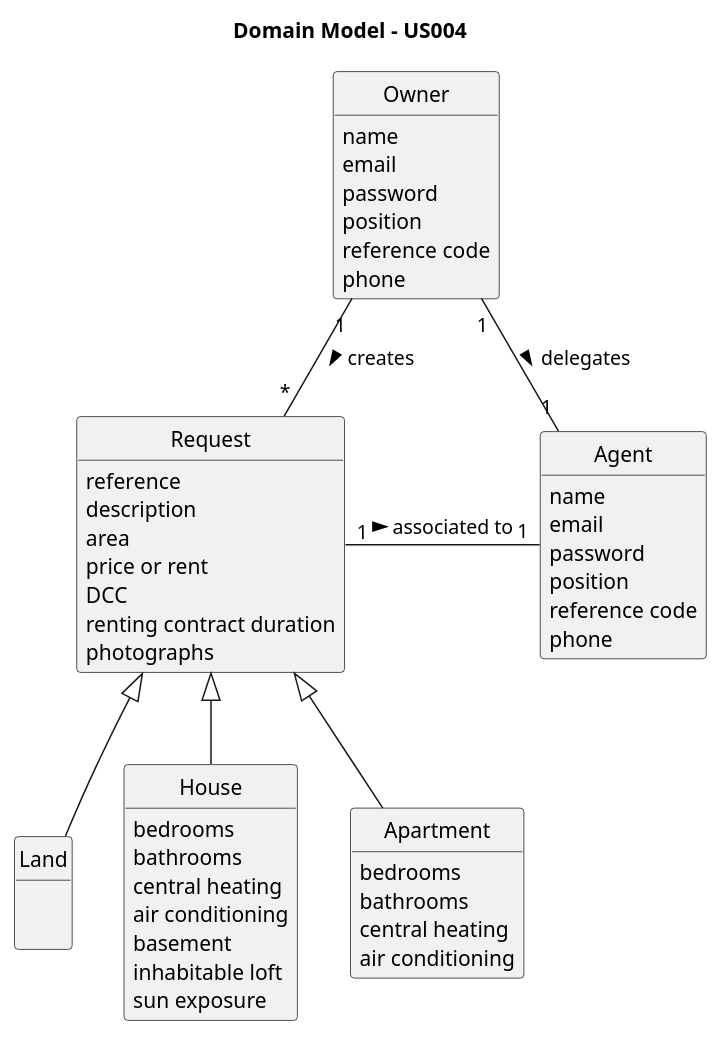
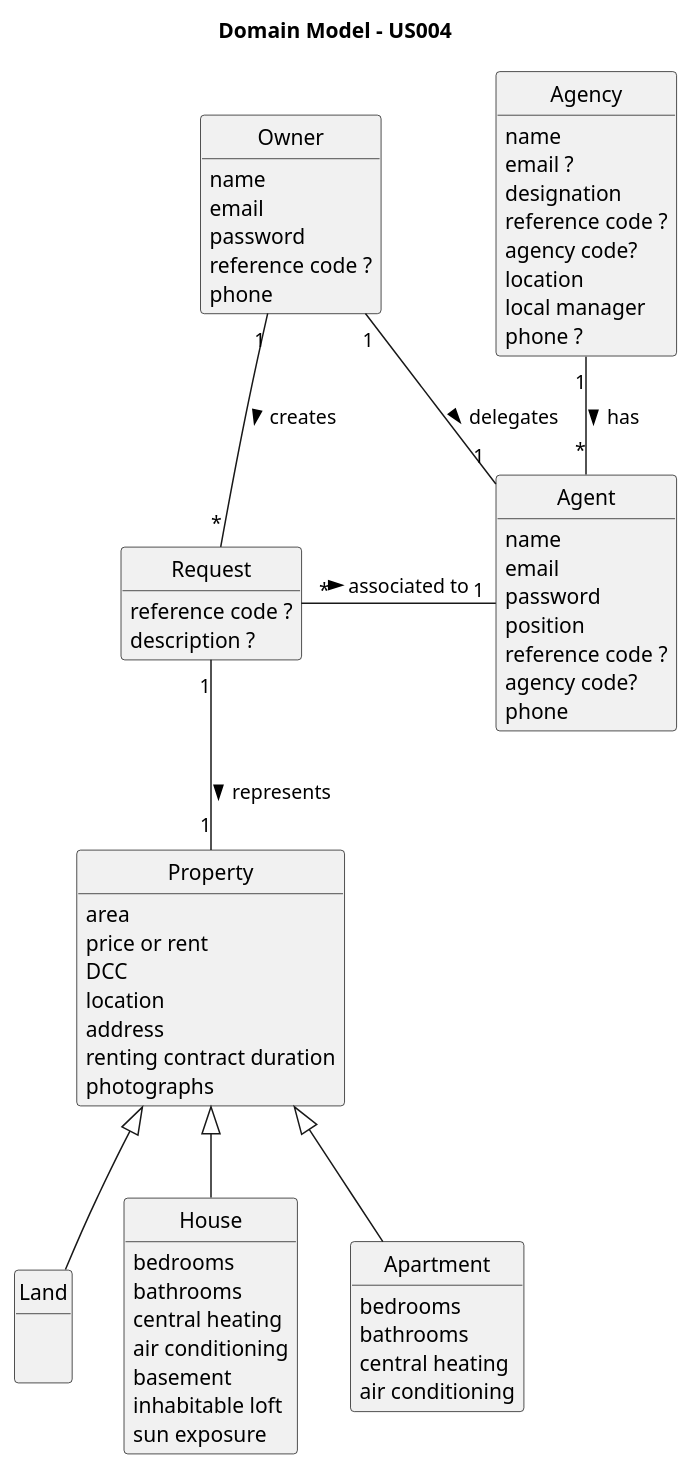
The diagram in docs/sprintA/us004/02.analysis/puml/us004-domain-model.puml (rita-barbosa/LAPR2-2223), drawn with PlantUML before and after one commit. The commit also changed 7 other files, not shown here.

```diff
--- a/docs/sprintA/us004/02.analysis/puml/us004-domain-model.puml
+++ b/docs/sprintA/us004/02.analysis/puml/us004-domain-model.puml
@@ -1,80 +1,99 @@
 @startuml
 skinparam monochrome true
 skinparam packageStyle rectangle
 skinparam shadowing false
 
 'left to right direction
 
 skinparam classAttributeIconSize 0
 
 hide circle
 hide methods
 
 title Domain Model - US004
 
+class Request{
+    reference code ?
+    description ?
+}
 
-class Request {
-    reference
-    description
+
+class Property {
     area
     price or rent
     DCC
+    location
+    address
     renting contract duration
     photographs
 }
 
 
-class Land extends Request{
+class Land extends Property{
     \n
 }
 
-class House extends Request{
+class House extends Property{
     bedrooms
     bathrooms
     central heating
     air conditioning
     basement
     inhabitable loft
     sun exposure
 }
 
-class Apartment extends Request{
+class Apartment extends Property{
     bedrooms
     bathrooms
     central heating
     air conditioning
 }
 
 class Agent {
     name
     email
     password
     position
-    reference code
+    reference code ?
+    agency code?
     phone
 }
+
+class Agency {
+    name
+    email ?
+    designation
+    reference code ?
+    agency code?
+    location
+    local manager
+    phone ?
+}
+
+
+
 
 class Owner {
     name
     email
     password
-    position
-    reference code
+    reference code ?
     phone
 }
 
 
 'class User {
 '    name
 '    email
 '    password
 '    reference code
 '    phone
 '}
 
+Request "1" -- "1" Property : represents >
+Agency "1" -- "*" Agent : has >
 Owner "1" -- "*" Request : creates >
-Request "1" - "1" Agent : associated to >
+Request " *" - "1" Agent : associated to >
 Owner "1" -- "1" Agent : delegates >
-'Task "*" -- "1" Employee: created by >
-'Employee "0..1" -- "1" User: acts as >
 @enduml
```
